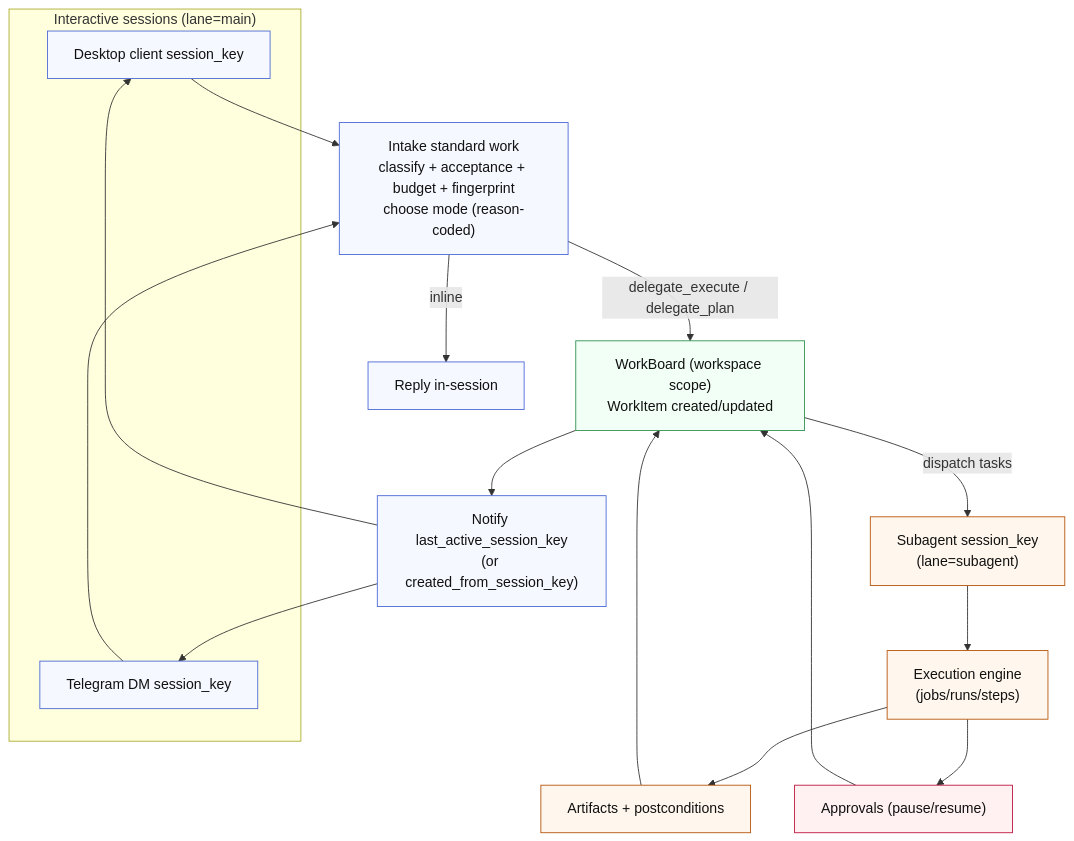
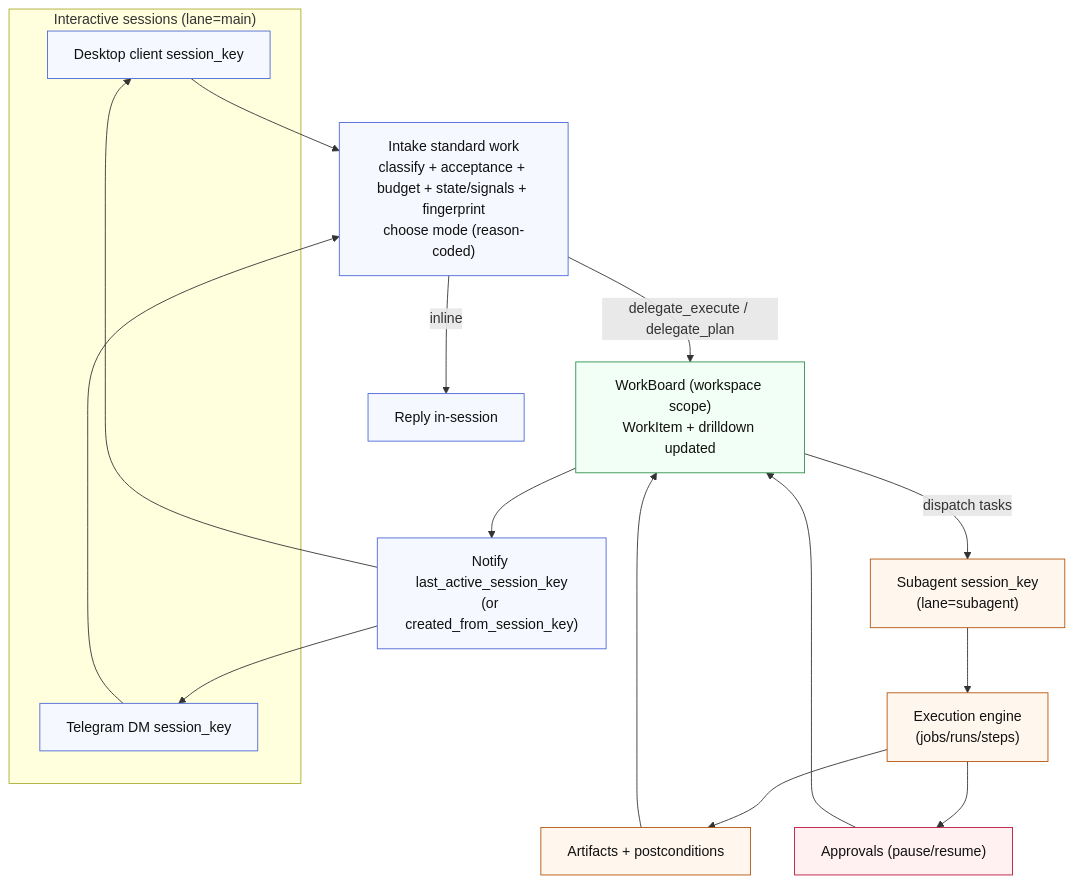
The first of 3 diagrams in docs/architecture/workboard.md (tyrumai/tyrum), drawn with Mermaid before and after one commit. The commit also changed other lines of this file and 13 other files, not shown here.

Commit message:
Document WorkBoard drilldown and work focus digest

````diff
--- a/docs/architecture/workboard.md
+++ b/docs/architecture/workboard.md
@@ -82,29 +190,29 @@
 ```mermaid
 flowchart TB
   classDef session fill:#f6f8ff,stroke:#4a67d6,stroke-width:1px,color:#111;
   classDef board fill:#f2fff6,stroke:#2f8f4e,stroke-width:1px,color:#111;
   classDef exec fill:#fff7ed,stroke:#b45309,stroke-width:1px,color:#111;
   classDef gate fill:#fff1f2,stroke:#be123c,stroke-width:1px,color:#111;
 
   subgraph S["Interactive sessions (lane=main)"]
     Desktop["Desktop client session_key"]:::session
     Telegram["Telegram DM session_key"]:::session
   end
 
-  Desktop --> Intake["Intake standard work<br/>classify + acceptance + budget + fingerprint<br/>choose mode (reason-coded)"]:::session
+  Desktop --> Intake["Intake standard work<br/>classify + acceptance + budget + state/signals + fingerprint<br/>choose mode (reason-coded)"]:::session
   Telegram --> Intake
 
   Intake -->|inline| Inline["Reply in-session"]:::session
-  Intake -->|delegate_execute / delegate_plan| WB["WorkBoard (workspace scope)<br/>WorkItem created/updated"]:::board
+  Intake -->|delegate_execute / delegate_plan| WB["WorkBoard (workspace scope)<br/>WorkItem + drilldown updated"]:::board
 
   WB -->|dispatch tasks| SA["Subagent session_key<br/>(lane=subagent)"]:::exec
   SA --> ENG["Execution engine<br/>(jobs/runs/steps)"]:::exec
   ENG --> ART["Artifacts + postconditions"]:::exec
   ENG --> APPR["Approvals (pause/resume)"]:::gate
 
   ART --> WB
   APPR --> WB
   WB --> Notify["Notify last_active_session_key<br/>(or created_from_session_key)"]:::session
   Notify --> Desktop
   Notify --> Telegram
 ```
````
